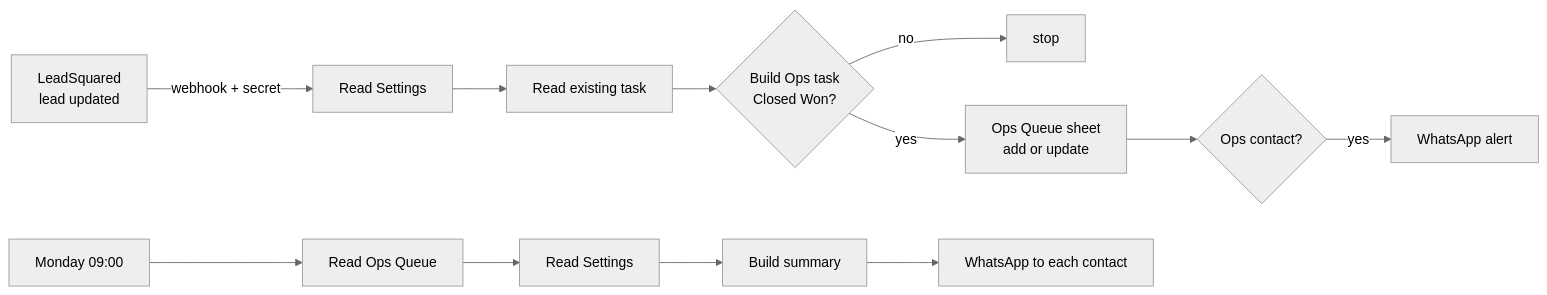
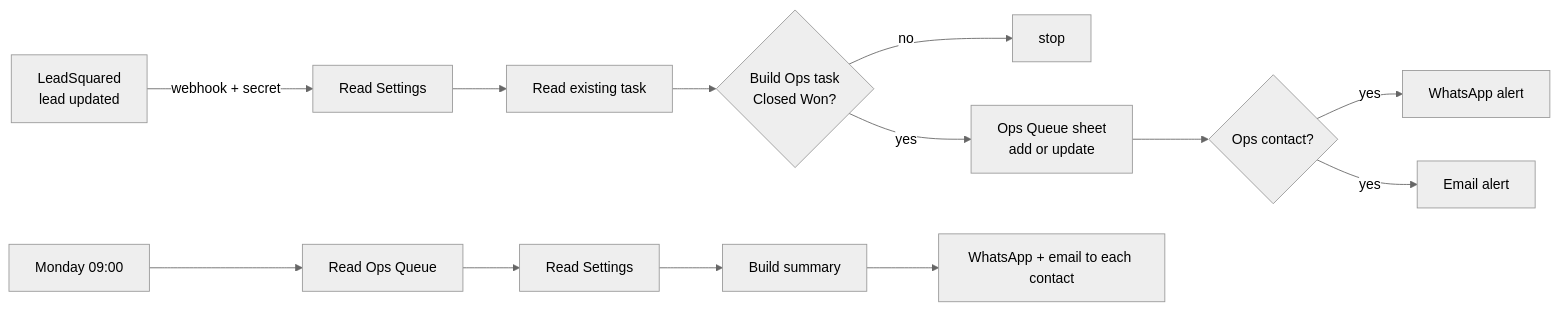
Before and after one commit to dakshvanshaj/union-living-ops-handoff: the diagram in docs/how-it-works.md, drawn with Mermaid (neutral theme). The commit also changed other lines of this file and 7 other files, not shown here.

Commit message:
Email alerts alongside WhatsApp; WhatsApp continues on error until Meta billing is set

````diff
--- a/docs/how-it-works.md
+++ b/docs/how-it-works.md
@@ -5,11 +5,12 @@
 ```mermaid
 flowchart LR
   LSQ[LeadSquared<br/>lead updated] -->|webhook + secret| S[Read Settings]
   S --> E[Read existing task]
   E --> B{Build Ops task<br/>Closed Won?}
   B -->|no| X[stop]
   B -->|yes| Q[Ops Queue sheet<br/>add or update]
   Q --> C{Ops contact?}
   C -->|yes| W[WhatsApp alert]
-  M[Monday 09:00] --> R[Read Ops Queue] --> RS[Read Settings] --> SUM[Build summary] --> W2[WhatsApp to each contact]
+  C -->|yes| G[Email alert]
+  M[Monday 09:00] --> R[Read Ops Queue] --> RS[Read Settings] --> SUM[Build summary] --> W2[WhatsApp + email to each contact]
 ```
````
